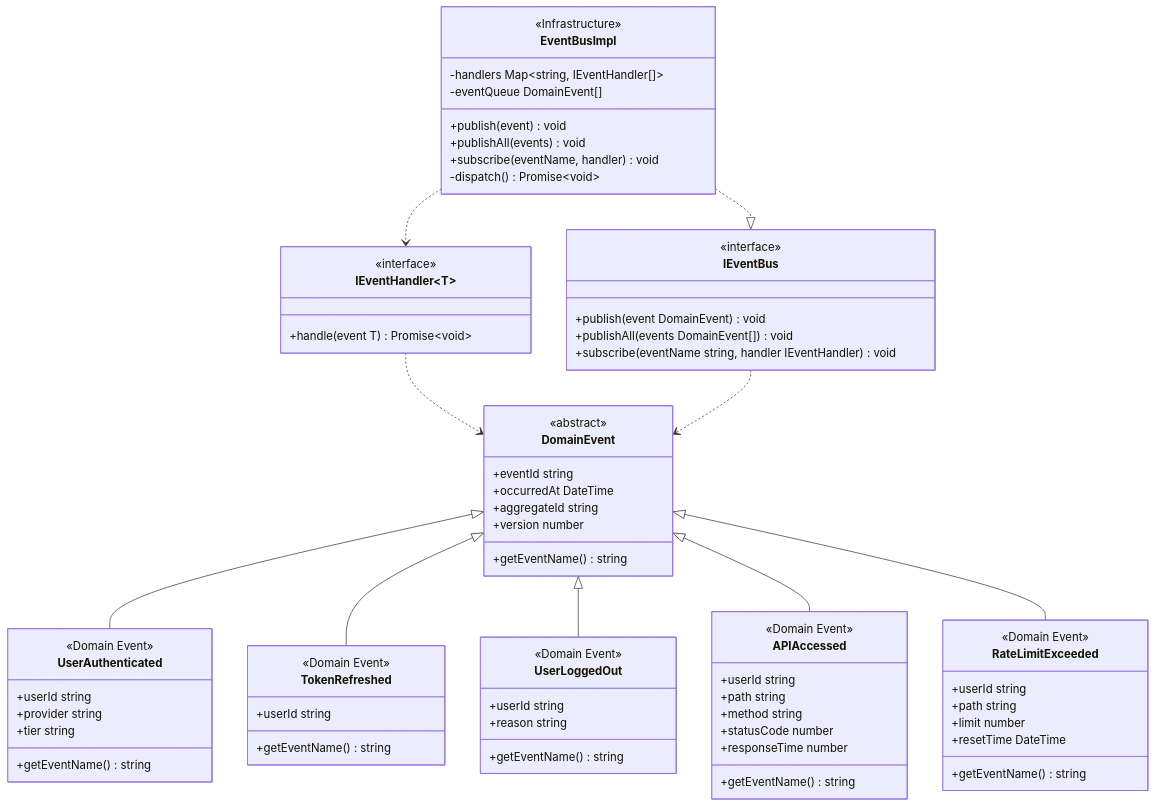
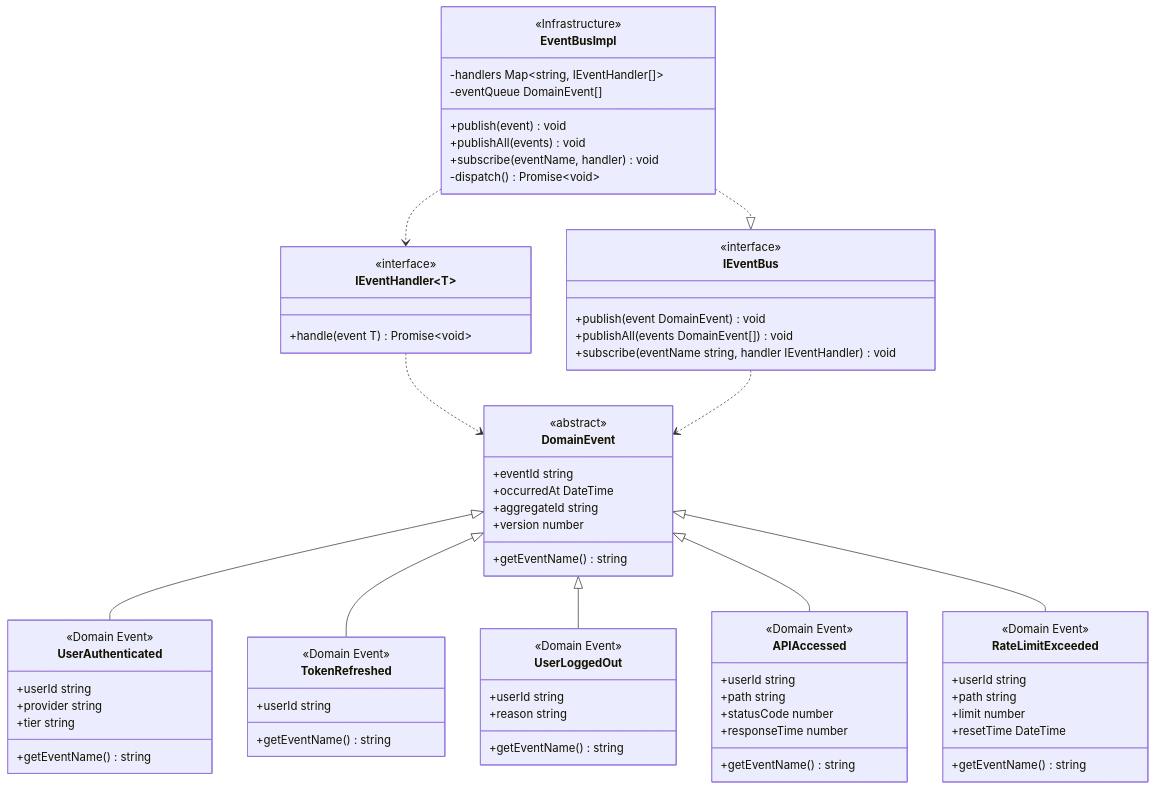
Before and after one commit to hydrangeas/redis-test: diagram 12 of 14 in docs/specs/step5-design.md, drawn with Mermaid. The commit also changed other lines of this file, not shown here.

```diff
--- a/docs/specs/step5-design.md
+++ b/docs/specs/step5-design.md
@@ -997,7 +1017,6 @@
         <<Domain Event>>
         +userId string
         +path string
-        +method string
         +statusCode number
         +responseTime number
         +getEventName() string
```
